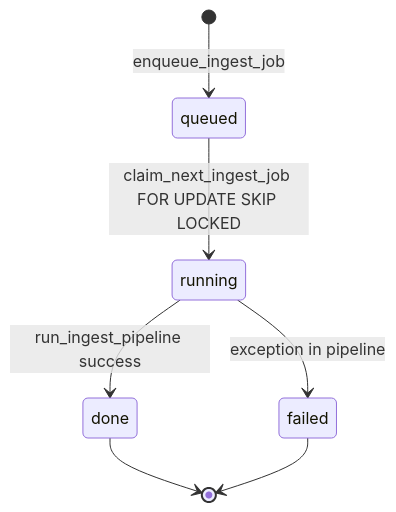
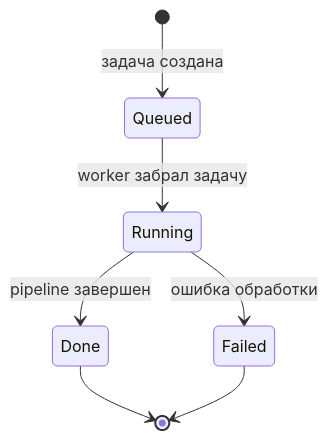
The diagram in docs/generated/08-ingestion-worker.md (Boldurev16/ea-agent-platform-docs), drawn with Mermaid before and after one commit. The commit also changed other lines of this file and 51 other files, not shown here.

````diff
--- a/docs/generated/08-ingestion-worker.md
+++ b/docs/generated/08-ingestion-worker.md
@@ -43,9 +11,9 @@
 ```mermaid
 stateDiagram-v2
-    [*] --> queued: enqueue_ingest_job
-    queued --> running: claim_next_ingest_job FOR UPDATE SKIP LOCKED
-    running --> done: run_ingest_pipeline success
-    running --> failed: exception in pipeline
-    done --> [*]
-    failed --> [*]
+  [*] --> Queued: задача создана
+  Queued --> Running: worker забрал задачу
+  Running --> Done: pipeline завершен
+  Running --> Failed: ошибка обработки
+  Done --> [*]
+  Failed --> [*]
 ```
````
